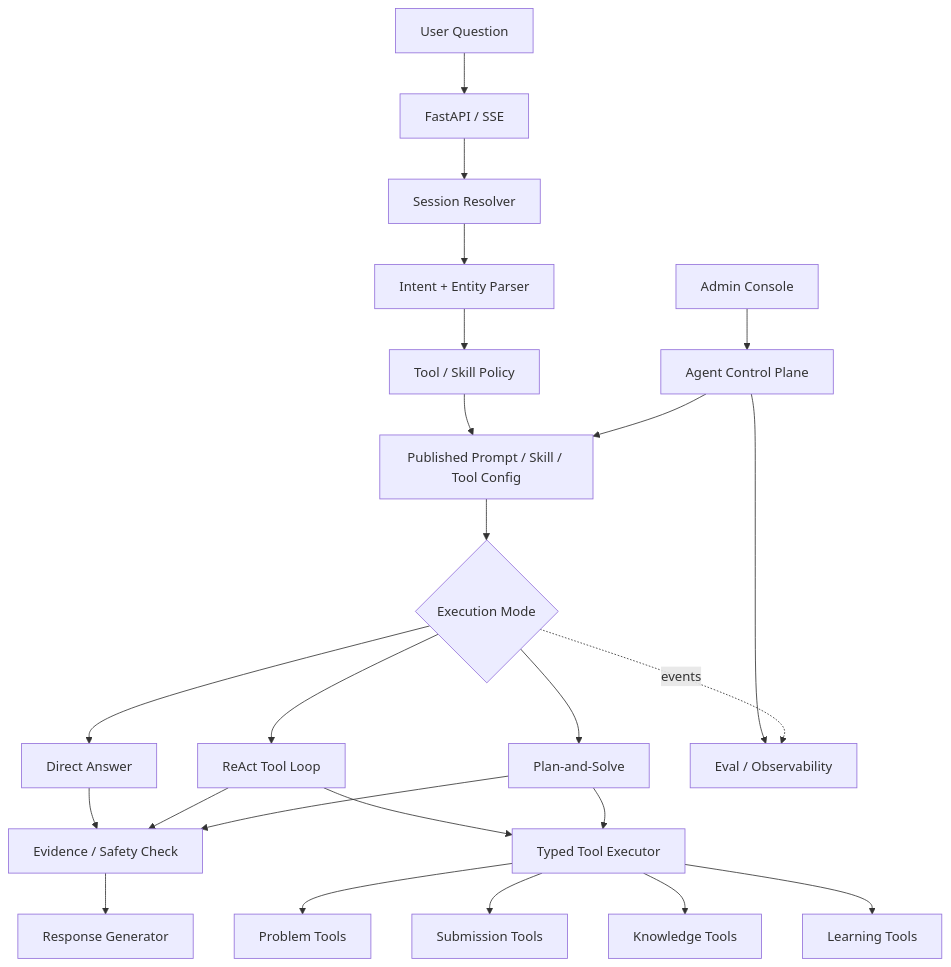
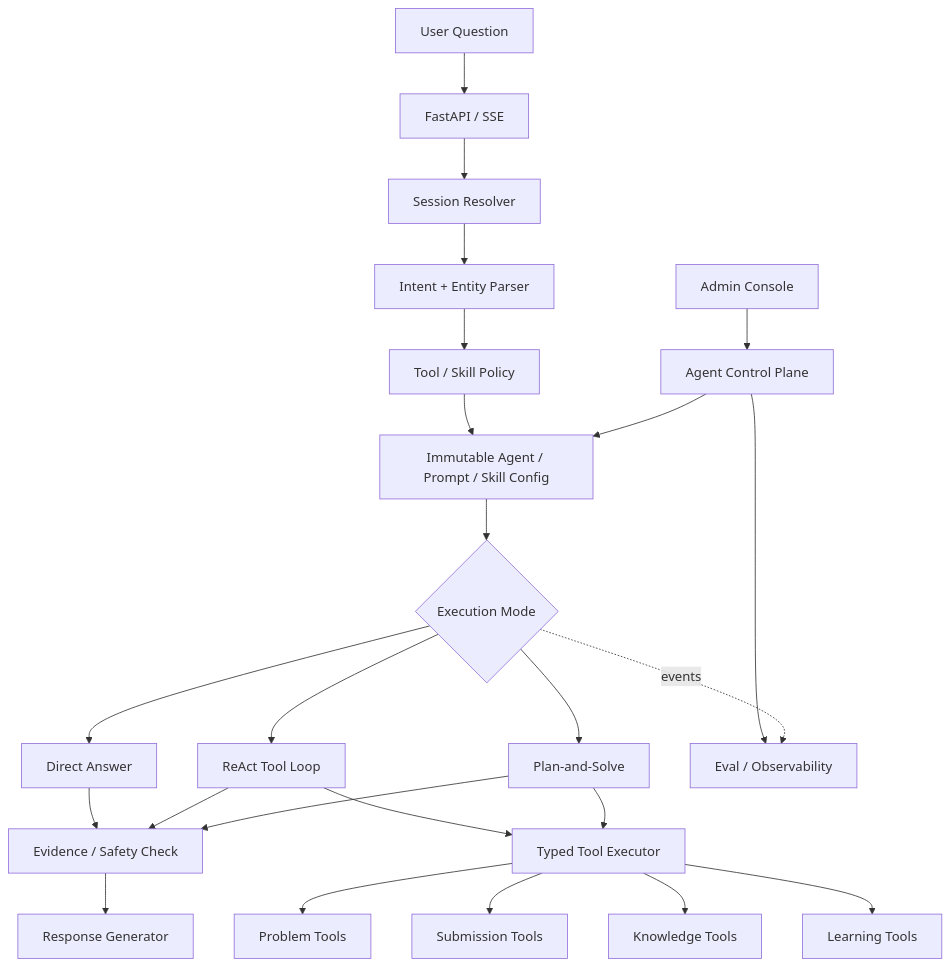
The third of 6 diagrams in docs/architecture.md (viggggil/go_oj_agent), drawn with Mermaid before and after one commit. The commit also changed other lines of this file and 28 other files, not shown here.

First line of the commit message:
feat(agent): PR5 immutable multi-agent configuration foundation (#151)

````diff
--- a/docs/architecture.md
+++ b/docs/architecture.md
@@ -549,29 +549,29 @@
 ```mermaid
 flowchart TB
     Question["User Question"] --> API["FastAPI / SSE"]
     API --> Session["Session Resolver"]
     Session --> Intent["Intent + Entity Parser"]
     Intent --> Policy["Tool / Skill Policy"]
-    Policy --> Config["Published Prompt / Skill / Tool Config"]
+    Policy --> Config["Immutable Agent / Prompt / Skill Config"]
     Config --> Runtime{"Execution Mode"}
 
     Runtime --> Direct["Direct Answer"]
     Runtime --> React["ReAct Tool Loop"]
     Runtime --> Plan["Plan-and-Solve"]
     React --> Executor["Typed Tool Executor"]
     Plan --> Executor
     Executor --> Problem["Problem Tools"]
     Executor --> Submission["Submission Tools"]
     Executor --> Knowledge["Knowledge Tools"]
     Executor --> Profile["Learning Tools"]
 
     Direct --> Verify["Evidence / Safety Check"]
     React --> Verify
     Plan --> Verify
     Verify --> Response["Response Generator"]
 
     Admin["Admin Console"] --> Control["Agent Control Plane"]
     Control --> Config
     Control --> Eval["Eval / Observability"]
     Runtime -. events .-> Eval
 ```
````
